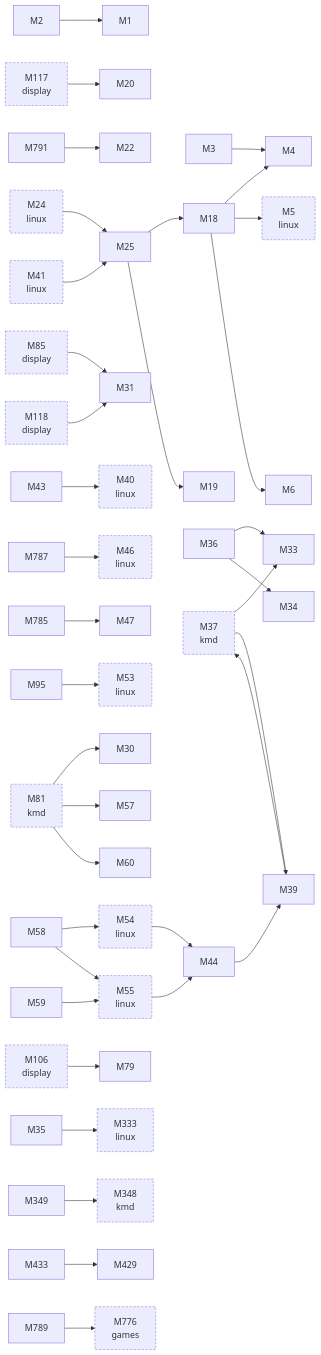
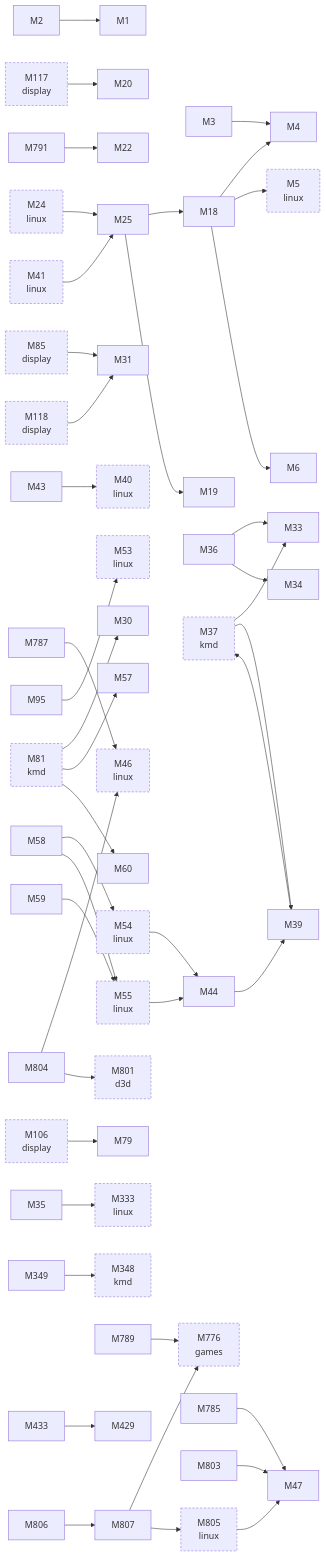
The second of 2 diagrams in docs/facts/graphs/hardware.md (D-Ogi/amdgpu-wddm), drawn with Mermaid before and after one commit. The commit also changed other lines of this file and 161 other files, not shown here.

````diff
--- a/docs/facts/graphs/hardware.md
+++ b/docs/facts/graphs/hardware.md
@@ -105,6 +110,12 @@
   M787["M787"]
   M789["M789"]
   M791["M791"]
+  M801["M801<br/>d3d"]
+  M803["M803"]
+  M804["M804"]
+  M805["M805<br/>linux"]
+  M806["M806"]
+  M807["M807"]
   M2 --> M1
   M3 --> M4
   M18 --> M4
@@ -128,6 +139,12 @@
   M787 --> M46
   M789 --> M776
   M791 --> M22
+  M803 --> M47
+  M804 --> M46
+  M804 --> M801
+  M806 --> M807
+  M807 --> M776
+  M807 --> M805
   M37 --> M33
   M37 --> M39
   M81 --> M30
@@ -141,6 +158,7 @@
   M41 --> M25
   M54 --> M44
   M55 --> M44
+  M805 --> M47
   classDef other stroke-dasharray:4 3
-  class M5,M24,M37,M40,M41,M46,M53,M54,M55,M81,M85,M106,M117,M118,M333,M348,M776 other
+  class M5,M24,M37,M40,M41,M46,M53,M54,M55,M81,M85,M106,M117,M118,M333,M348,M776,M801,M805 other
 ```
````
